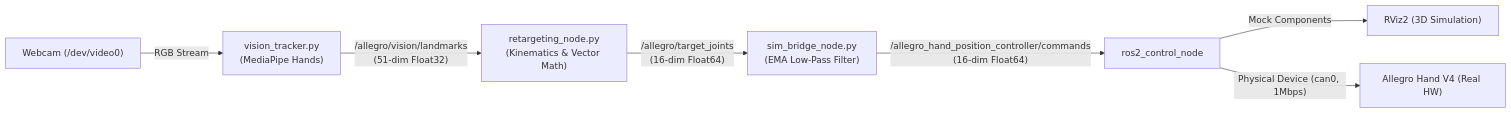
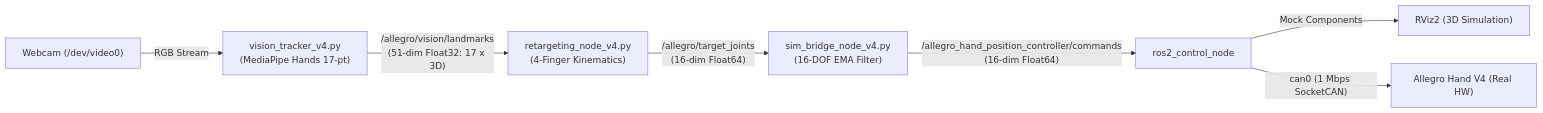
One commit to jacoblee1214/allegro_vision_teleop changed the second of 2 diagrams in README.md. Above: the diagram before and after it, drawn with Mermaid. The commit also changed other lines of this file and 16 other files, not shown here.

Commit message:
feat: complete V6 5-finger teleop with RealSense auto-   detection, 60/100Hz control loop, and updated README

````diff
--- a/README.md
+++ b/README.md
@@ -9,9 +23,9 @@
 ```mermaid
 flowchart LR
-    A["Webcam (/dev/video0)"] -->|"RGB Stream"| B["vision_tracker.py<br/>(MediaPipe Hands)"]
-    B -->|"/allegro/vision/landmarks<br/>(51-dim Float32)"| C["retargeting_node.py<br/>(Kinematics & Vector Math)"]
-    C -->|"/allegro/target_joints<br/>(16-dim Float64)"| D["sim_bridge_node.py<br/>(EMA Low-Pass Filter)"]
+    A["Webcam (/dev/video0)"] -->|"RGB Stream"| B["vision_tracker_v4.py<br/>(MediaPipe Hands 17-pt)"]
+    B -->|"/allegro/vision/landmarks<br/>(51-dim Float32: 17 x 3D)"| C["retargeting_node_v4.py<br/>(4-Finger Kinematics)"]
+    C -->|"/allegro/target_joints<br/>(16-dim Float64)"| D["sim_bridge_node_v4.py<br/>(16-DOF EMA Filter)"]
     D -->|"/allegro_hand_position_controller/commands<br/>(16-dim Float64)"| E["ros2_control_node"]
     E -->|"Mock Components"| F["RViz2 (3D Simulation)"]
-    E -->|"Physical Device (can0, 1Mbps)"| G["Allegro Hand V4 (Real HW)"]
+    E -->|"can0 (1 Mbps SocketCAN)"| G["Allegro Hand V4 (Real HW)"]
 ```
````
